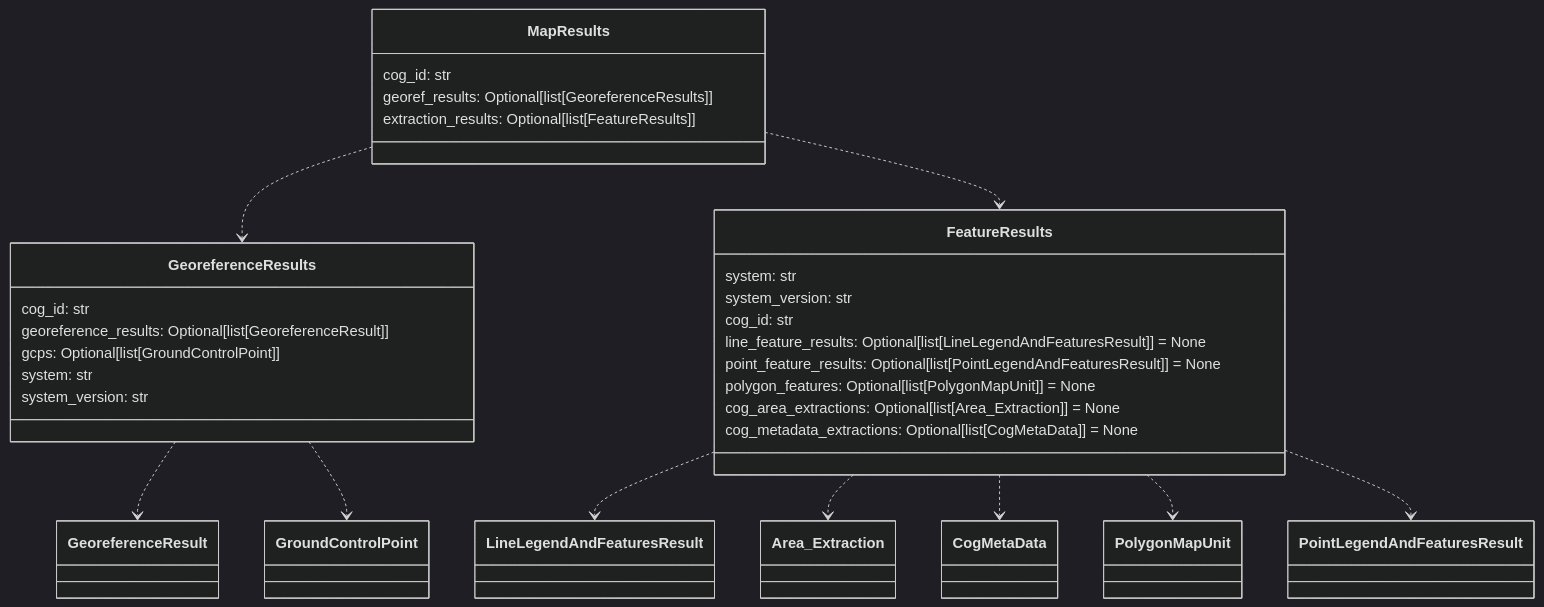
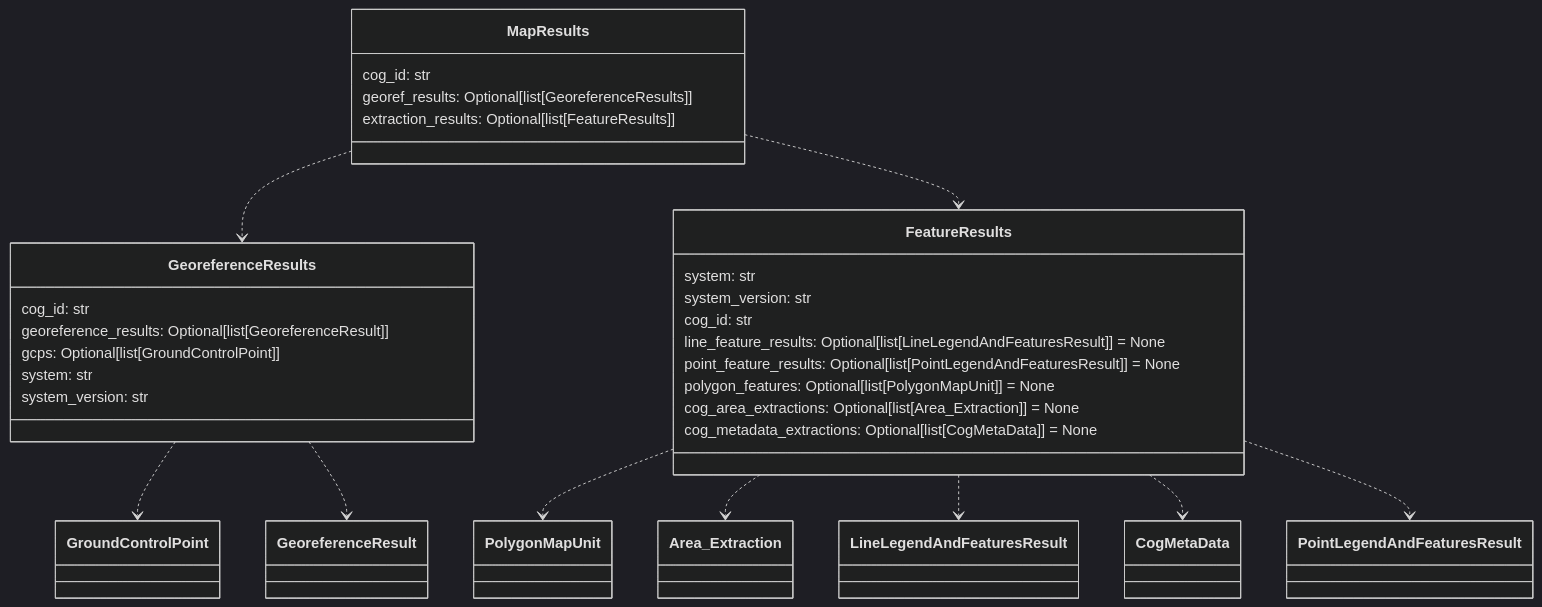
Diagram 11 of 12 in README.md (DARPA-CRITICALMAAS/cdr_schemas), drawn with Mermaid (dark theme) before and after one commit. The commit also changed other lines of this file and 1 other file, not shown here.

````diff
--- a/README.md
+++ b/README.md
@@ -816,40 +826,40 @@
 ```mermaid
 classDiagram
 
     class GeoreferenceResults {
         cog_id: str
         georeference_results: Optional[list[GeoreferenceResult]]
         gcps: Optional[list[GroundControlPoint]]
         system: str
         system_version: str
+    }
+
+    class MapResults {
+        cog_id: str
+        georef_results: Optional[list[GeoreferenceResults]]
+        extraction_results: Optional[list[FeatureResults]]
     }
 
     class FeatureResults {
         system: str
         system_version: str
         cog_id: str
         line_feature_results: Optional[list[LineLegendAndFeaturesResult]] = None
         point_feature_results: Optional[list[PointLegendAndFeaturesResult]] = None
         polygon_features: Optional[list[PolygonMapUnit]] = None
         cog_area_extractions: Optional[list[Area_Extraction]] = None
         cog_metadata_extractions: Optional[list[CogMetaData]] = None
     }
 
-    class MapResults {
-        cog_id: str
-        georef_results: Optional[list[GeoreferenceResults]]
-        extraction_results: Optional[list[FeatureResults]]
-    }
-
+    FeatureResults ..> PolygonMapUnit
+    FeatureResults ..> Area_Extraction
     FeatureResults ..> LineLegendAndFeaturesResult
-    FeatureResults ..> Area_Extraction
     FeatureResults ..> CogMetaData
-    FeatureResults ..> PolygonMapUnit
     FeatureResults ..> PointLegendAndFeaturesResult
+    GeoreferenceResults ..> GroundControlPoint
     GeoreferenceResults ..> GeoreferenceResult
-    GeoreferenceResults ..> GroundControlPoint
     MapResults ..> GeoreferenceResults
     MapResults ..> FeatureResults
 
 
 ```
````
